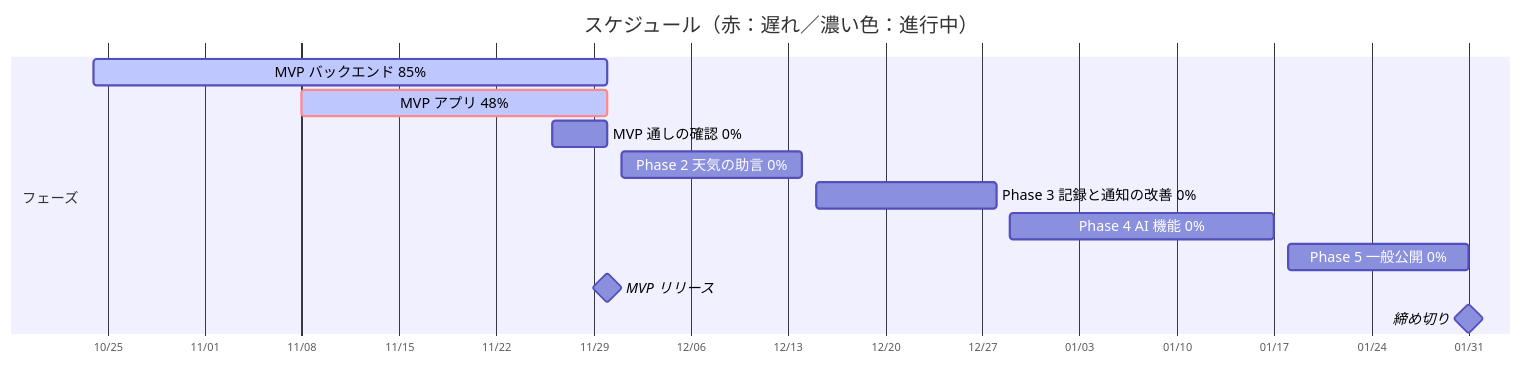
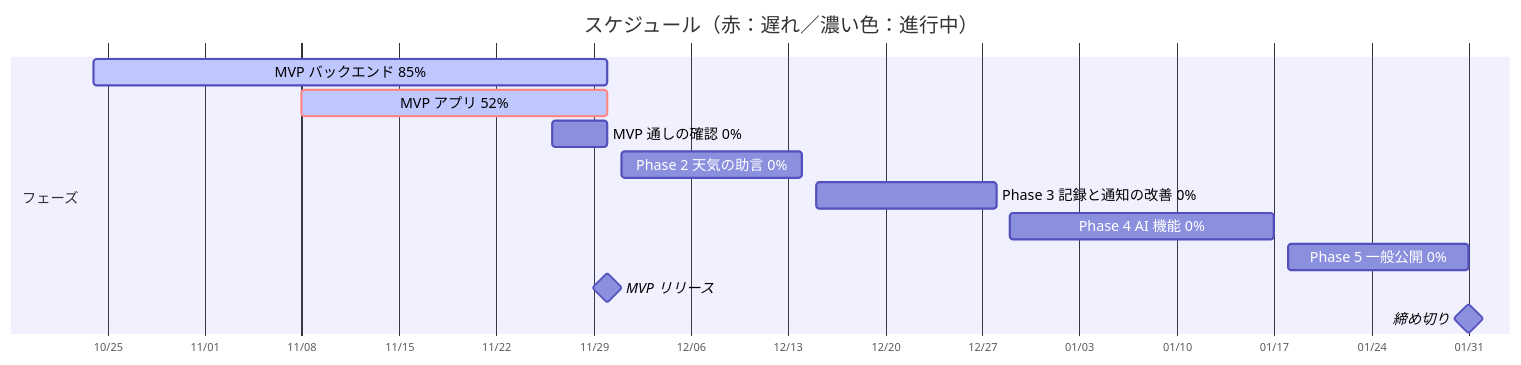
The diagram in README.md (ch00z00/uchinokusa), drawn with Mermaid before and after one commit. The commit also changed other lines of this file and 1 other file, not shown here.

````diff
--- a/README.md
+++ b/README.md
@@ -26,17 +26,17 @@
 ```mermaid
 %%{init: {"gantt": {"useWidth": 1400, "useMaxWidth": false, "barHeight": 24, "fontSize": 13, "sectionFontSize": 13}}}%%
 gantt
     title スケジュール（赤：遅れ／濃い色：進行中）
     dateFormat YYYY-MM-DD
     axisFormat %m/%d
     section フェーズ
     MVP バックエンド 85% :active, backend, 2026-10-24, 2026-11-30
-    MVP アプリ 48% :crit, active, app, 2026-11-08, 2026-11-30
+    MVP アプリ 52% :crit, active, app, 2026-11-08, 2026-11-30
     MVP 通しの確認 0% :e2e, 2026-11-26, 2026-11-30
     Phase 2 天気の助言 0% :p2, 2026-12-01, 2026-12-14
     Phase 3 記録と通知の改善 0% :p3, 2026-12-15, 2026-12-28
     Phase 4 AI 機能 0% :p4, 2026-12-29, 2027-01-17
     Phase 5 一般公開 0% :p5, 2027-01-18, 2027-01-31
     MVP リリース :milestone, m0, 2026-11-30, 0d
     締め切り :milestone, deadline, 2027-01-31, 0d
 ```
````
